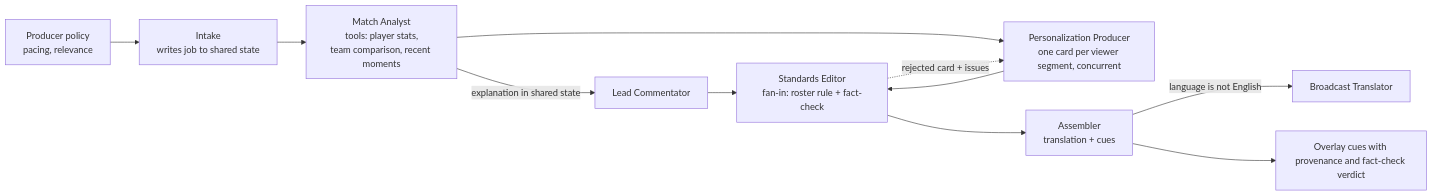
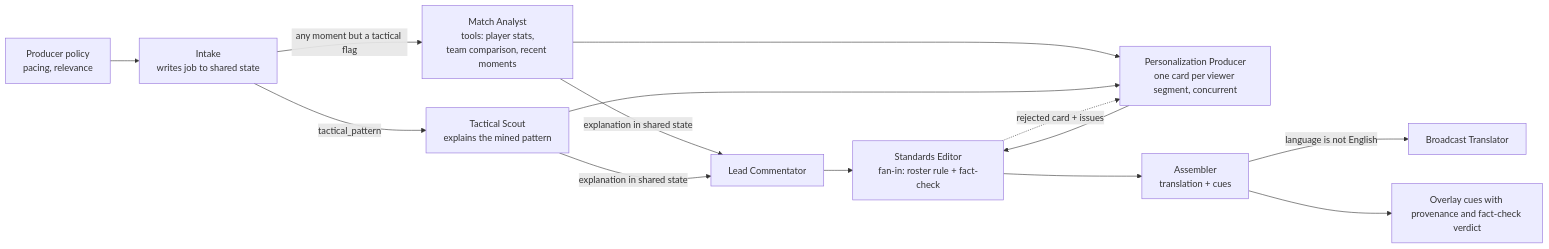
One commit to UttyWotty/insidethegame-microsoft-hackathon changed the second of 4 diagrams in docs/ARCHITECTURE.md. Above: the diagram before and after it, drawn with Mermaid. The commit also changed other lines of this file and 63 other files, not shown here.

Commit message:
Add a Tactical Scout that flags exploitable patterns and links goals back to them [skip ci]

````diff
--- a/docs/ARCHITECTURE.md
+++ b/docs/ARCHITECTURE.md
@@ -45,13 +45,16 @@
 ```mermaid
 flowchart LR
     P[Producer policy<br/>pacing, relevance] --> I[Intake<br/>writes job to shared state]
-    I --> A[Match Analyst<br/>tools: player stats,<br/>team comparison, recent moments]
+    I -->|any moment but a tactical flag| A[Match Analyst<br/>tools: player stats,<br/>team comparison, recent moments]
+    I -->|tactical_pattern| S[Tactical Scout<br/>explains the mined pattern]
     A -->|explanation in shared state| N[Lead Commentator]
     A --> Z[Personalization Producer<br/>one card per viewer segment, concurrent]
+    S -->|explanation in shared state| N
+    S --> Z
     N --> F[Standards Editor<br/>fan-in: roster rule + fact-check]
     Z --> F
     F -. rejected card + issues .-> Z
     F --> J[Assembler<br/>translation + cues]
     J -->|language is not English| T[Broadcast Translator]
     J --> C[Overlay cues with provenance and fact-check verdict]
 ```
````
